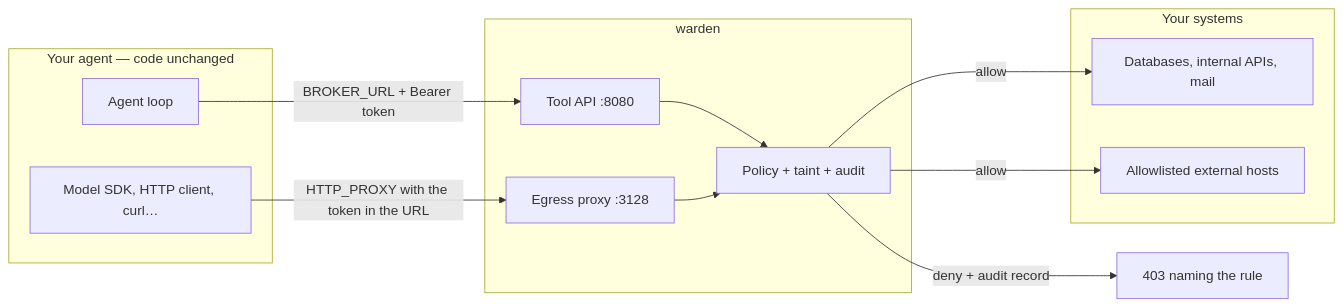
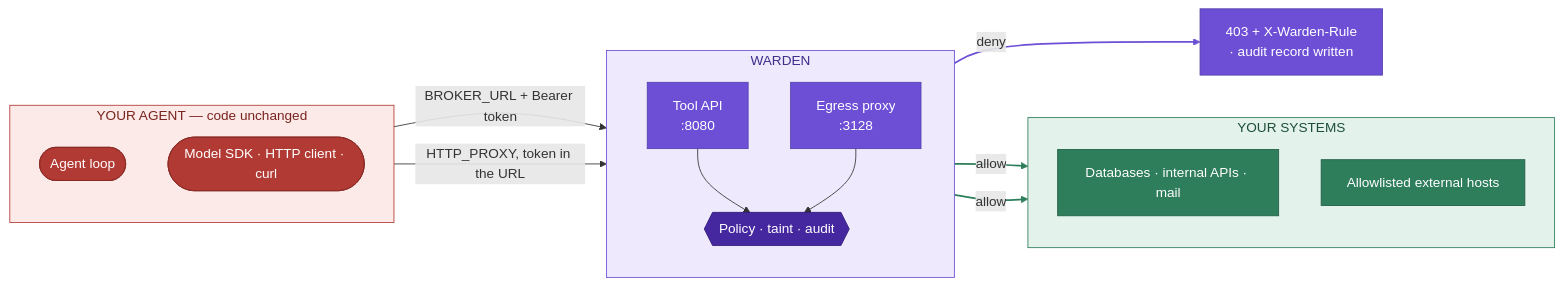
One commit to slavikztsv/warden changed the first of 5 diagrams in README.md. Above: the diagram before and after it, drawn with Mermaid. The commit also changed other lines of this file, not shown here.

First line of the commit message:
docs: give the diagrams a colour system, and chart the live results

````diff
--- a/README.md
+++ b/README.md
@@ -230,26 +248,45 @@
 ```mermaid
 flowchart LR
-    subgraph yours["Your agent — code unchanged"]
-        Loop["Agent loop"]
-        SDK["Model SDK, HTTP client, curl…"]
+    subgraph YOURS["YOUR AGENT — code unchanged"]
+        direction TB
+        Loop(["Agent loop"])
+        SDK(["Model SDK · HTTP client · curl"])
     end
 
-    subgraph broker["warden"]
-        API["Tool API :8080"]
-        Proxy["Egress proxy :3128"]
-        Policy["Policy + taint + audit"]
+    subgraph WARDEN["WARDEN"]
+        direction TB
+        API["Tool API<br/>:8080"]
+        Proxy["Egress proxy<br/>:3128"]
+        Gate{{"Policy · taint · audit"}}
     end
 
-    subgraph out["Your systems"]
-        Sys["Databases, internal APIs, mail"]
+    subgraph OUT["YOUR SYSTEMS"]
+        direction TB
+        Sys["Databases · internal APIs · mail"]
         Net["Allowlisted external hosts"]
     end
 
-    Loop -->|"BROKER_URL + Bearer token"| API
-    SDK -->|"HTTP_PROXY with the token in the URL"| Proxy
-    API --> Policy
-    Proxy --> Policy
-    Policy -->|"allow"| Sys
-    Policy -->|"allow"| Net
-    Policy -->|"deny + audit record"| Refused["403 naming the rule"]
+    Refused["403 + X-Warden-Rule<br/>· audit record written"]
+
+    Loop -- "BROKER_URL + Bearer token" --> API
+    SDK -- "HTTP_PROXY, token in the URL" --> Proxy
+    API --> Gate
+    Proxy --> Gate
+    Gate -- "allow" --> Sys
+    Gate -- "allow" --> Net
+    Gate -- "deny" --> Refused
+
+    classDef caller fill:#B23A34,stroke:#8B2A25,color:#FFFFFF
+    classDef enforce fill:#6D4FD6,stroke:#5340AE,color:#FFFFFF
+    classDef core fill:#4527A0,stroke:#341E7A,color:#FFFFFF
+    classDef target fill:#2E7D5B,stroke:#226046,color:#FFFFFF
+    class Loop,SDK caller
+    class API,Proxy,Refused enforce
+    class Gate core
+    class Sys,Net target
+    style YOURS fill:#FBEAE8,stroke:#B23A34,color:#7A241F
+    style WARDEN fill:#EEE9FC,stroke:#6D4FD6,color:#3F2E8C
+    style OUT fill:#E3F2EB,stroke:#2E7D5B,color:#1D4E39
+    linkStyle 4,5 stroke:#2E7D5B,stroke-width:2px
+    linkStyle 6 stroke:#6D4FD6,stroke-width:2px
 ```
````
